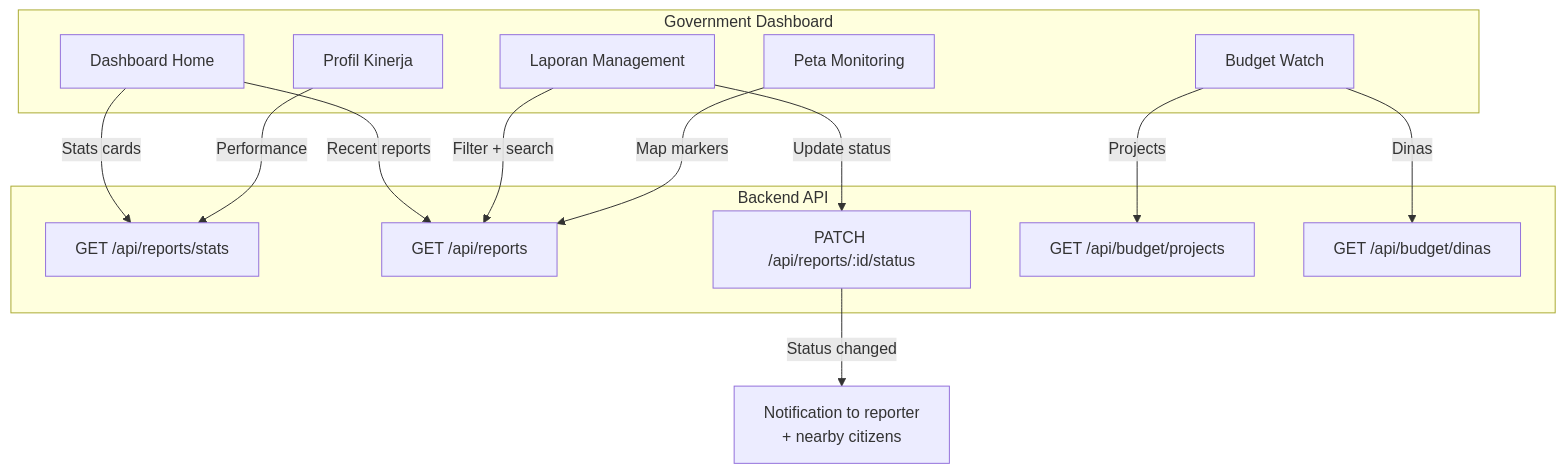
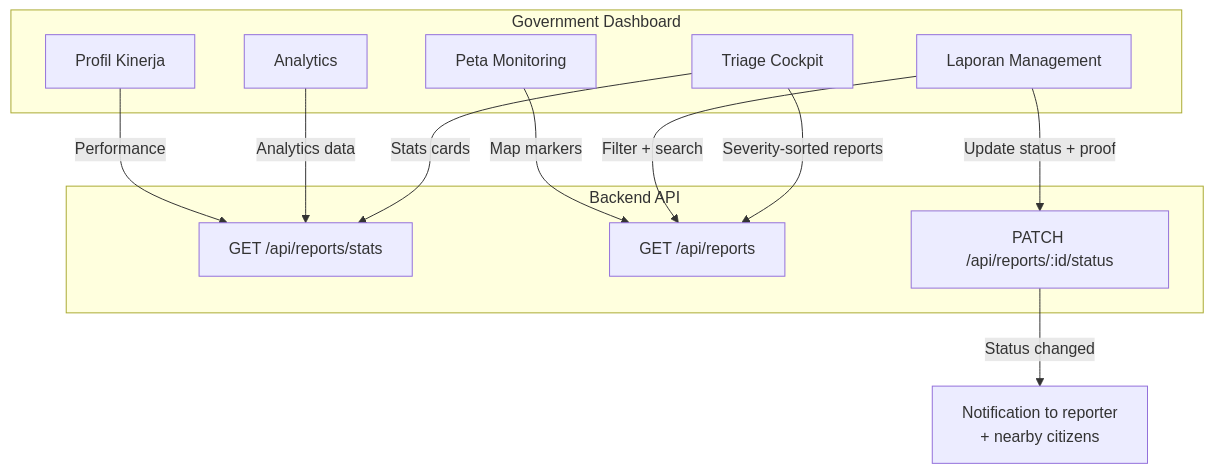
One commit to StackHorizon-ProxoCoris/frontend-mobileapp changed the seventh of 10 diagrams in docs/SYSTEM_FLOW.md. Above: the diagram before and after it, drawn with Mermaid. The commit also changed other lines of this file and 4 other files, not shown here.

````diff
--- a/docs/SYSTEM_FLOW.md
+++ b/docs/SYSTEM_FLOW.md
@@ -192,29 +229,26 @@
 ```mermaid
 flowchart TB
     subgraph GovDashboard["Government Dashboard"]
-        GH["Dashboard Home"]
+        GH["Triage Cockpit"]
         GL["Laporan Management"]
         GP["Peta Monitoring"]
-        GB["Budget Watch"]
+        GA["Analytics"]
         GPR["Profil Kinerja"]
     end
 
     subgraph Backend["Backend API"]
         A1["GET /api/reports/stats"]
         A2["GET /api/reports"]
         A3["PATCH /api/reports/:id/status"]
-        A4["GET /api/budget/projects"]
-        A5["GET /api/budget/dinas"]
     end
 
     GH -->|"Stats cards"| A1
-    GH -->|"Recent reports"| A2
+    GH -->|"Severity-sorted reports"| A2
     GL -->|"Filter + search"| A2
-    GL -->|"Update status"| A3
+    GL -->|"Update status + proof"| A3
     GP -->|"Map markers"| A2
-    GB -->|"Projects"| A4
-    GB -->|"Dinas"| A5
+    GA -->|"Analytics data"| A1
     GPR -->|"Performance"| A1
 
     A3 -->|"Status changed"| Notif["Notification to reporter<br/>+ nearby citizens"]
 ```
````
